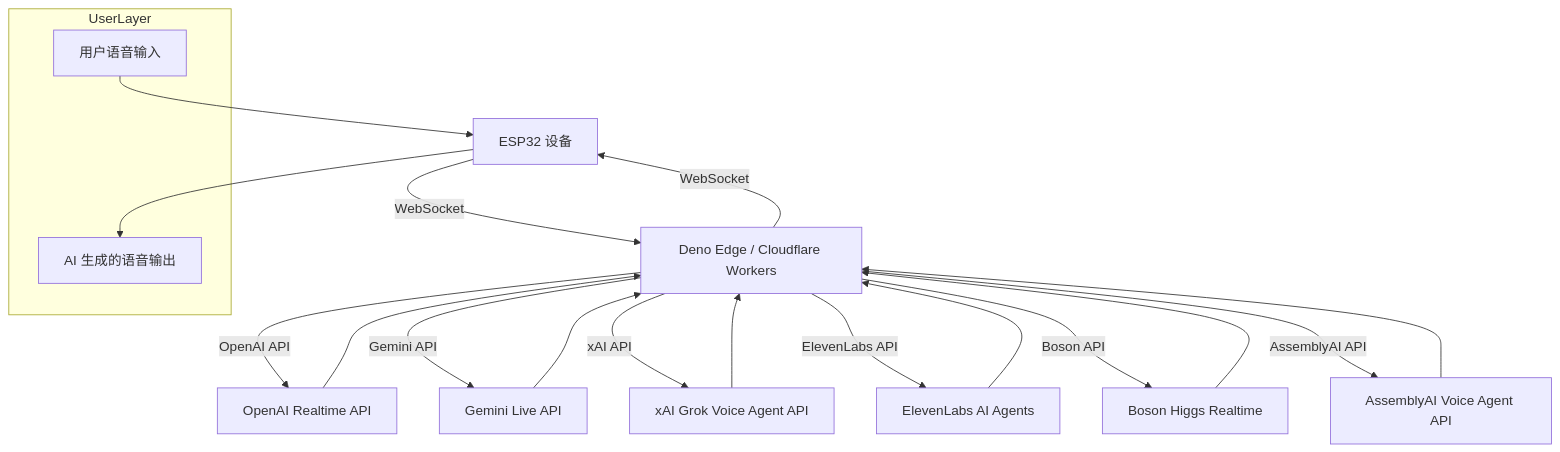
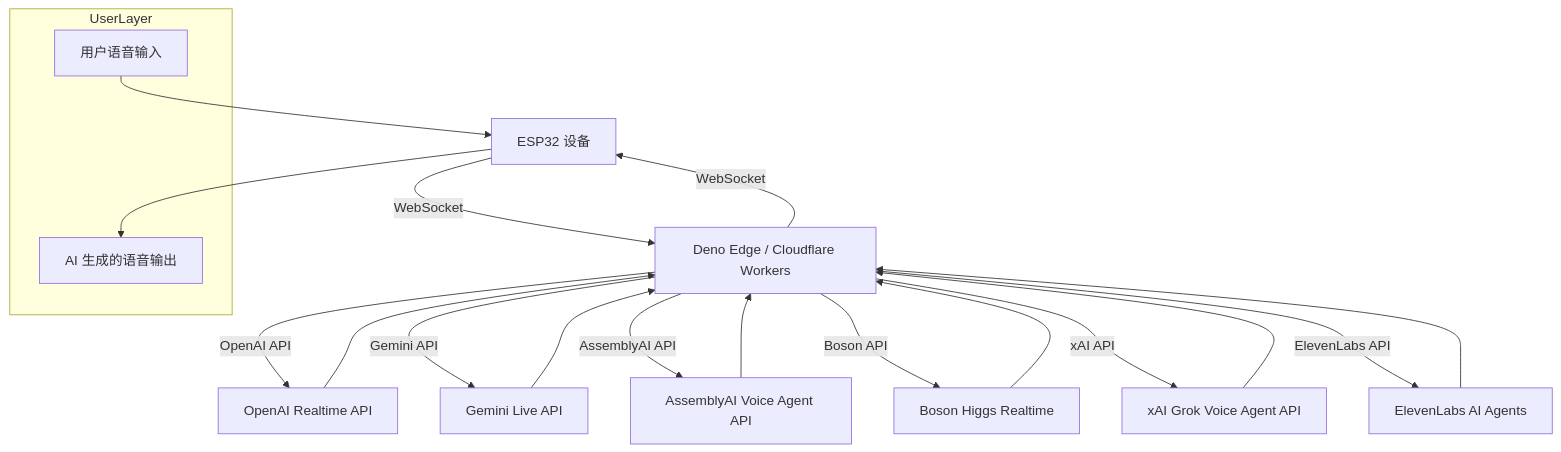
One commit to akdeb/ElatoAI changed the first of 2 diagrams in README.zh.md. Above: the diagram before and after it, drawn with Mermaid. The commit also changed other lines of this file and 11 other files, not shown here.

Commit message:
updating assembly ai to 3-step voice pipeline

````diff
--- a/README.zh.md
+++ b/README.zh.md
@@ -123,24 +123,24 @@
 ```mermaid
 flowchart TD
   subgraph UserLayer
     UserInput[用户语音输入]
     UserOutput[AI 生成的语音输出]
   end
   
   UserInput --> ESP32
   ESP32[ESP32 设备] -->|WebSocket| Edge[Deno Edge / Cloudflare Workers]
   Edge -->|OpenAI API| OpenAI[OpenAI Realtime API]
   Edge -->|Gemini API| Gemini[Gemini Live API]
+  Edge -->|AssemblyAI API| AssemblyAI[AssemblyAI Voice Agent API]
+  Edge -->|Boson API| Boson[Boson Higgs Realtime]
   Edge -->|xAI API| xAI[xAI Grok Voice Agent API]
   Edge -->|ElevenLabs API| ElevenLabs[ElevenLabs AI Agents]
-  Edge -->|Boson API| Boson[Boson Higgs Realtime]
-  Edge -->|AssemblyAI API| AssemblyAI[AssemblyAI Voice Agent API]
   OpenAI --> Edge
   Gemini --> Edge
+  AssemblyAI --> Edge
+  Boson --> Edge
   xAI --> Edge
   ElevenLabs --> Edge
-  Boson --> Edge
-  AssemblyAI --> Edge
   Edge -->|WebSocket| ESP32
   ESP32 --> UserOutput
 ```
````
